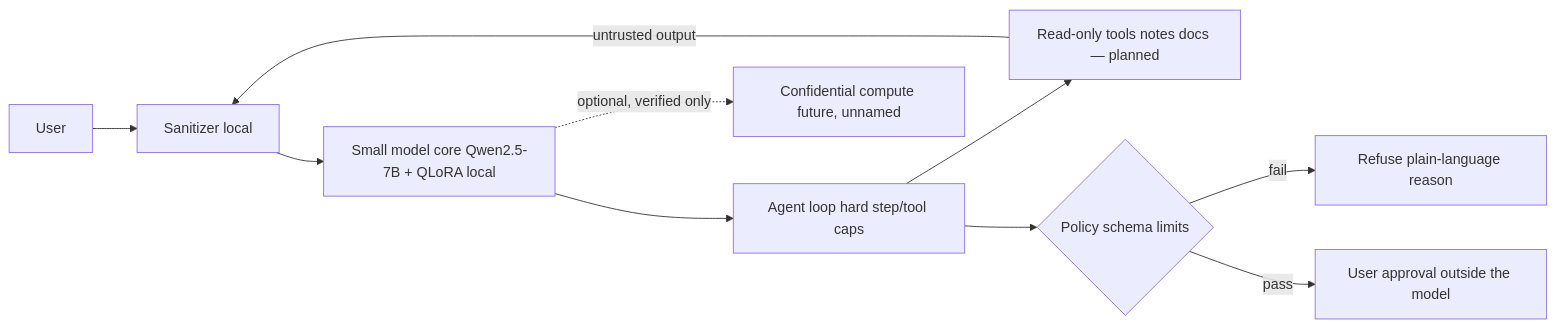
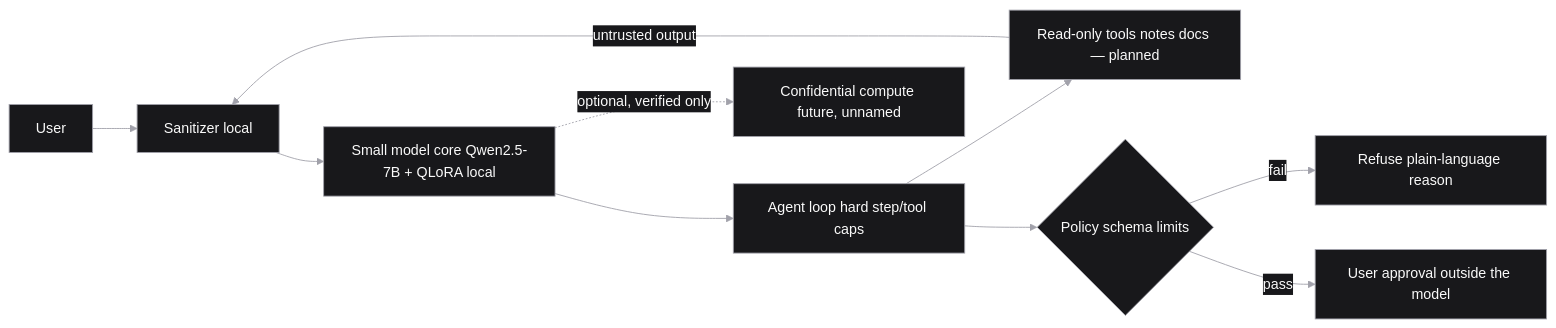
Before and after one commit to 9lordisgod/salomon: the diagram in ARCHITECTURE.md, drawn with Mermaid. The commit also changed other lines of this file and 3 other files, not shown here.

Commit message:
docs: align ARCHITECTURE/SECURITY openings; scrub dead docs/archive links

````diff
--- a/ARCHITECTURE.md
+++ b/ARCHITECTURE.md
@@ -7,12 +7,13 @@
 ```mermaid
+%%{init: {'theme':'base','themeVariables':{'background':'#0a0a0a','primaryColor':'#18181b','primaryTextColor':'#fafafa','primaryBorderColor':'#a1a1aa','secondaryColor':'#09090b','secondaryTextColor':'#fafafa','secondaryBorderColor':'#71717a','tertiaryColor':'#27272a','lineColor':'#a1a1aa','textColor':'#fafafa','mainBkg':'#18181b','nodeBorder':'#a1a1aa','clusterBkg':'#000000','titleColor':'#fafafa','edgeLabelBackground':'#18181b'}}}%%
 flowchart LR
  U[User] --> S[Sanitizer local]
  S --> M[Small model core Qwen2.5-7B + QLoRA local]
  M --> A[Agent loop hard step/tool caps]
  A --> T[Read-only tools notes docs — planned]
  T -->|untrusted output| S
  A --> P{Policy schema limits}
  P -->|fail| R[Refuse plain-language reason]
  P -->|pass| H[User approval outside the model]
  M -.optional, verified only.-> C[Confidential compute future, unnamed]
 ```
````
